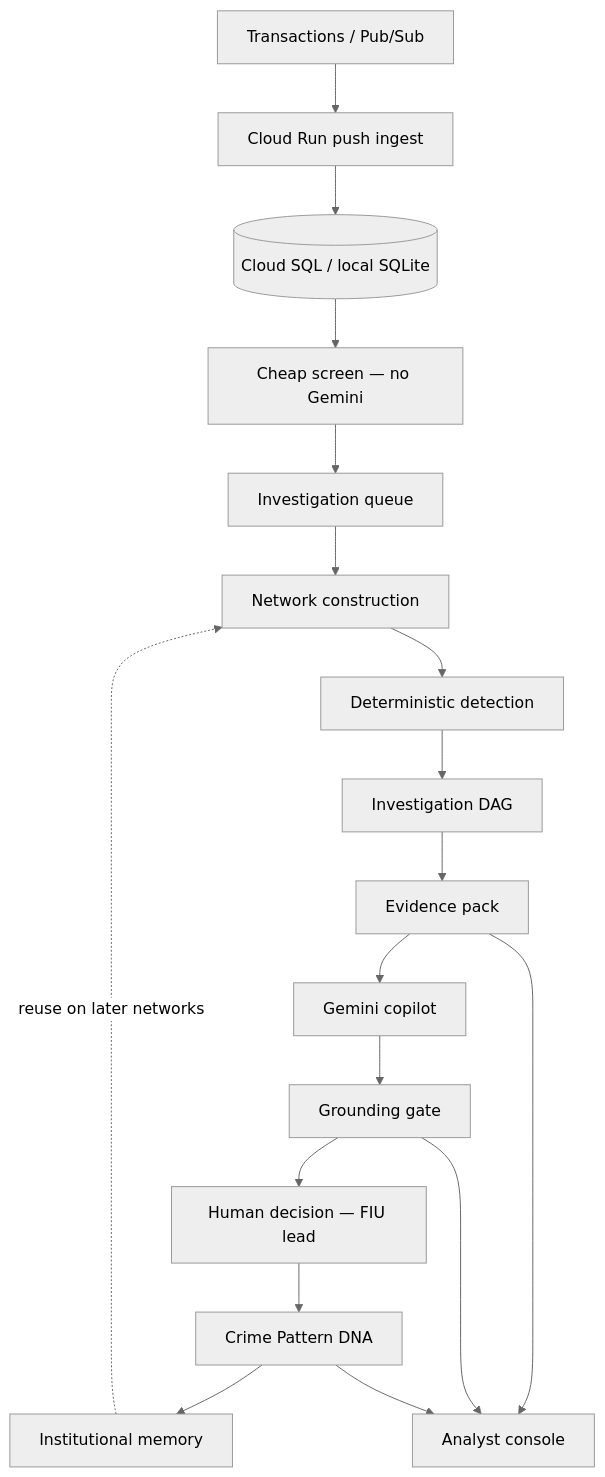
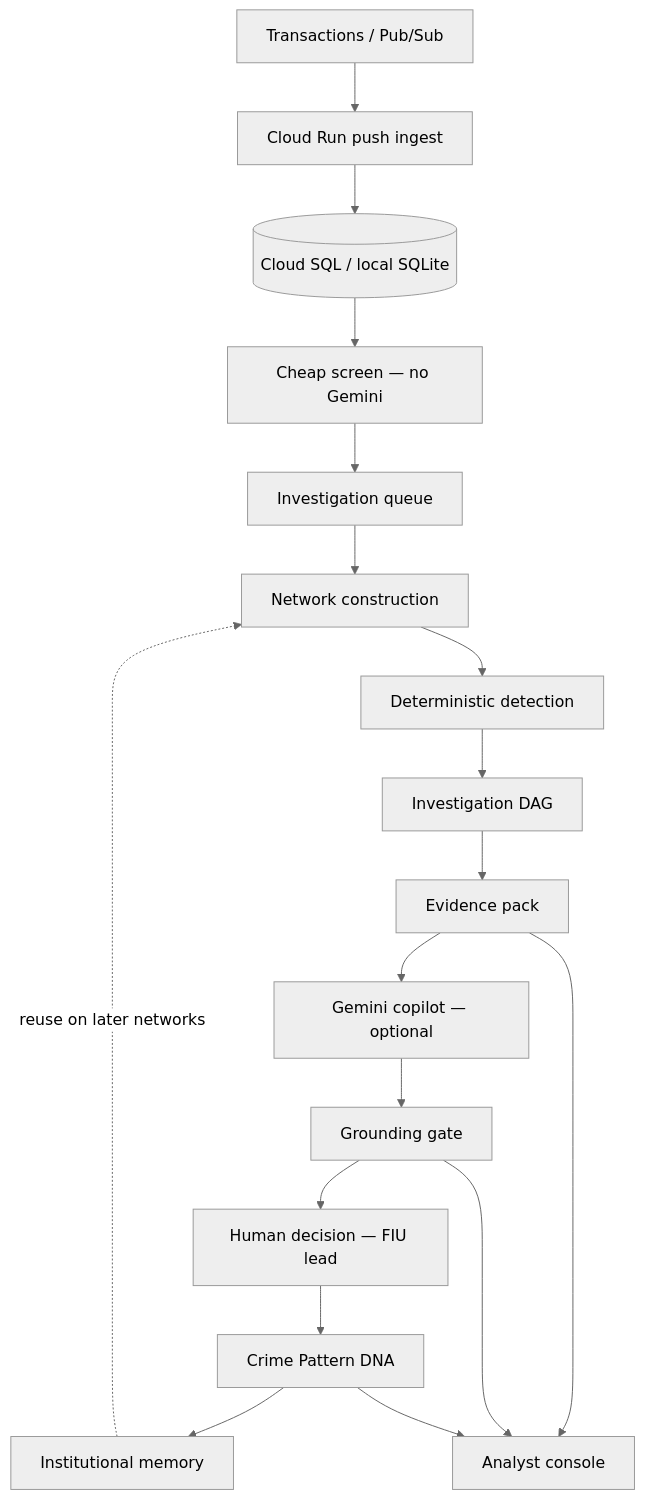
The diagram in README.md (aritracodesbad123/corridor-watch), drawn with Mermaid (neutral theme) before and after one commit. The commit also changed other lines of this file and 2 other files, not shown here.

````diff
--- a/README.md
+++ b/README.md
@@ -19,27 +19,27 @@
 ```mermaid
 flowchart TD
   src[Transactions / Pub/Sub]
   push[Cloud Run push ingest]
   db[(Cloud SQL / local SQLite)]
   screen[Cheap screen — no Gemini]
   q[Investigation queue]
   net[Network construction]
   det[Deterministic detection]
   dag[Investigation DAG]
   evid[Evidence pack]
-  gem[Gemini copilot]
+  gem[Gemini copilot — optional]
   gate[Grounding gate]
   human[Human decision — FIU lead]
   dna[Crime Pattern DNA]
   mem[Institutional memory]
   ui[Analyst console]
 
   src --> push --> db
   db --> screen --> q
   q --> net --> det --> dag --> evid
   evid --> gem --> gate --> human --> dna --> mem
   mem -.->|reuse on later networks| net
   evid --> ui
   gate --> ui
   dna --> ui
 ```
````
